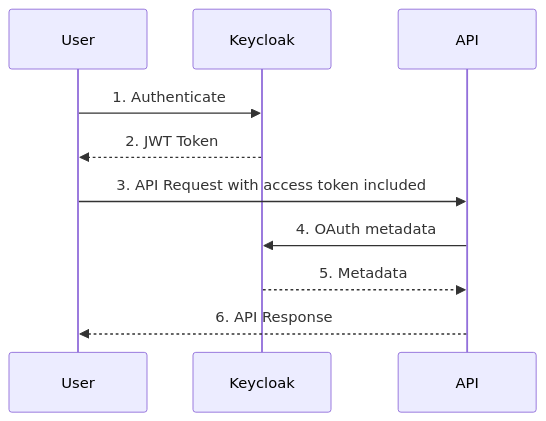
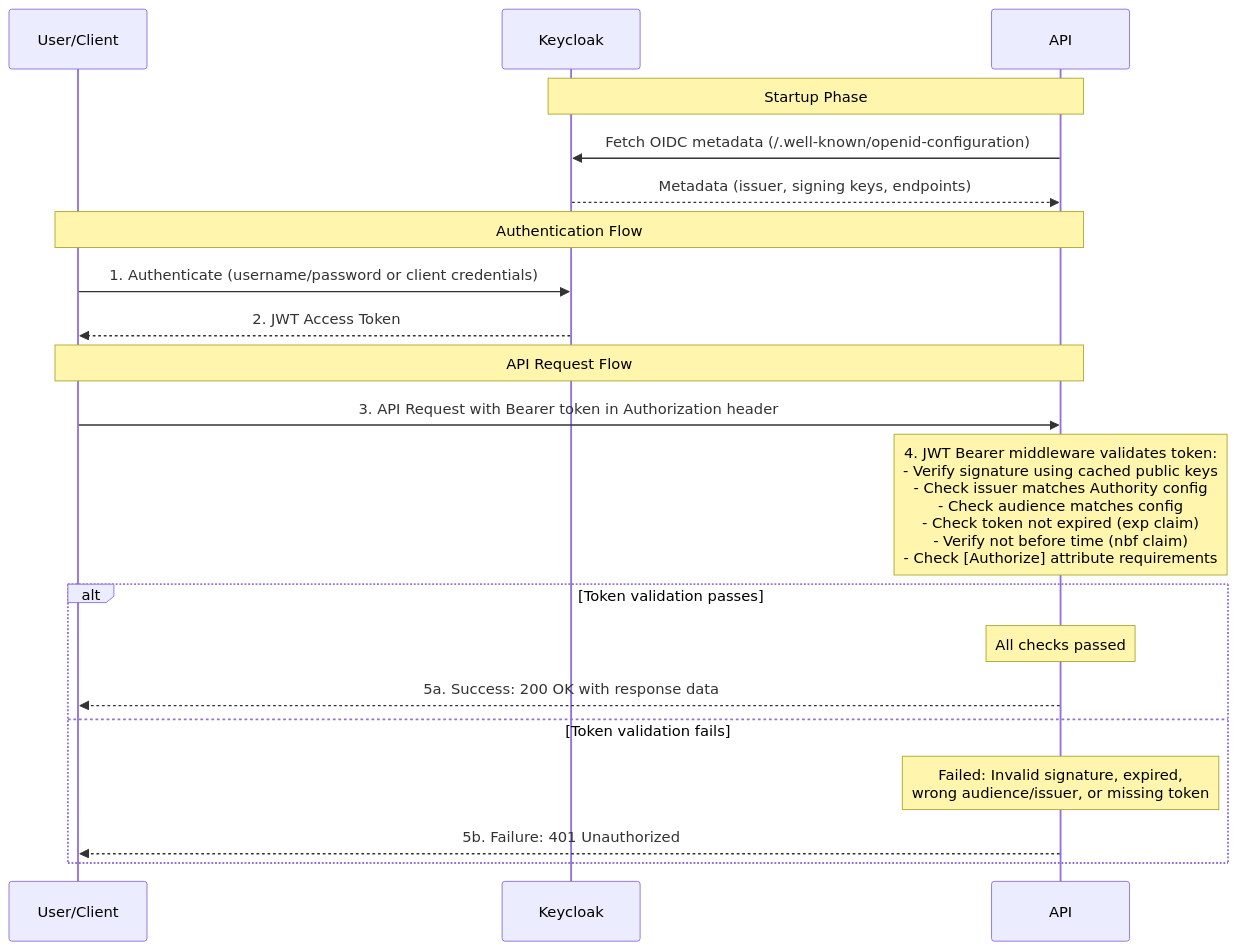
Before and after one commit to john-morsley/csharp-aspnet-security: the diagram in README.md, drawn with Mermaid. The commit also changed other lines of this file and 95 other files, not shown here.

````diff
--- a/README.md
+++ b/README.md
@@ -33,14 +67,26 @@
 ```mermaid
 sequenceDiagram
-    participant U   as User
-    participant KC  as Keycloak
+    participant U as User/Client
+    participant KC as Keycloak
     participant API as API
 
-    U ->> KC: 1. Authenticate
-    KC -->> U: 2. JWT Token
-
-    U ->> API: 3. API Request with access token included
-    API ->> KC: 4. OAuth metadata
-    KC -->> API: 5. Metadata
-    API -->> U: 6. API Response
-```
+    Note over API,KC: Startup Phase
+    API->>KC: Fetch OIDC metadata (/.well-known/openid-configuration)
+    KC-->>API: Metadata (issuer, signing keys, endpoints)
+    
+    Note over U,API: Authentication Flow
+    U->>KC: 1. Authenticate (username/password or client credentials)
+    KC-->>U: 2. JWT Access Token
+    
+    Note over U,API: API Request Flow
+    U->>API: 3. API Request with Bearer token in Authorization header
+    Note over API: 4. JWT Bearer middleware validates token:<br/>- Verify signature using cached public keys<br/>- Check issuer matches Authority config<br/>- Check audience matches config<br/>- Check token not expired (exp claim)<br/>- Verify not before time (nbf claim)<br/>- Check [Authorize] attribute requirements
+    
+    alt Token validation passes
+        Note over API: All checks passed
+        API-->>U: 5a. Success: 200 OK with response data
+    else Token validation fails
+        Note over API: Failed: Invalid signature, expired,<br/>wrong audience/issuer, or missing token
+        API-->>U: 5b. Failure: 401 Unauthorized
+    end
+```    
````
